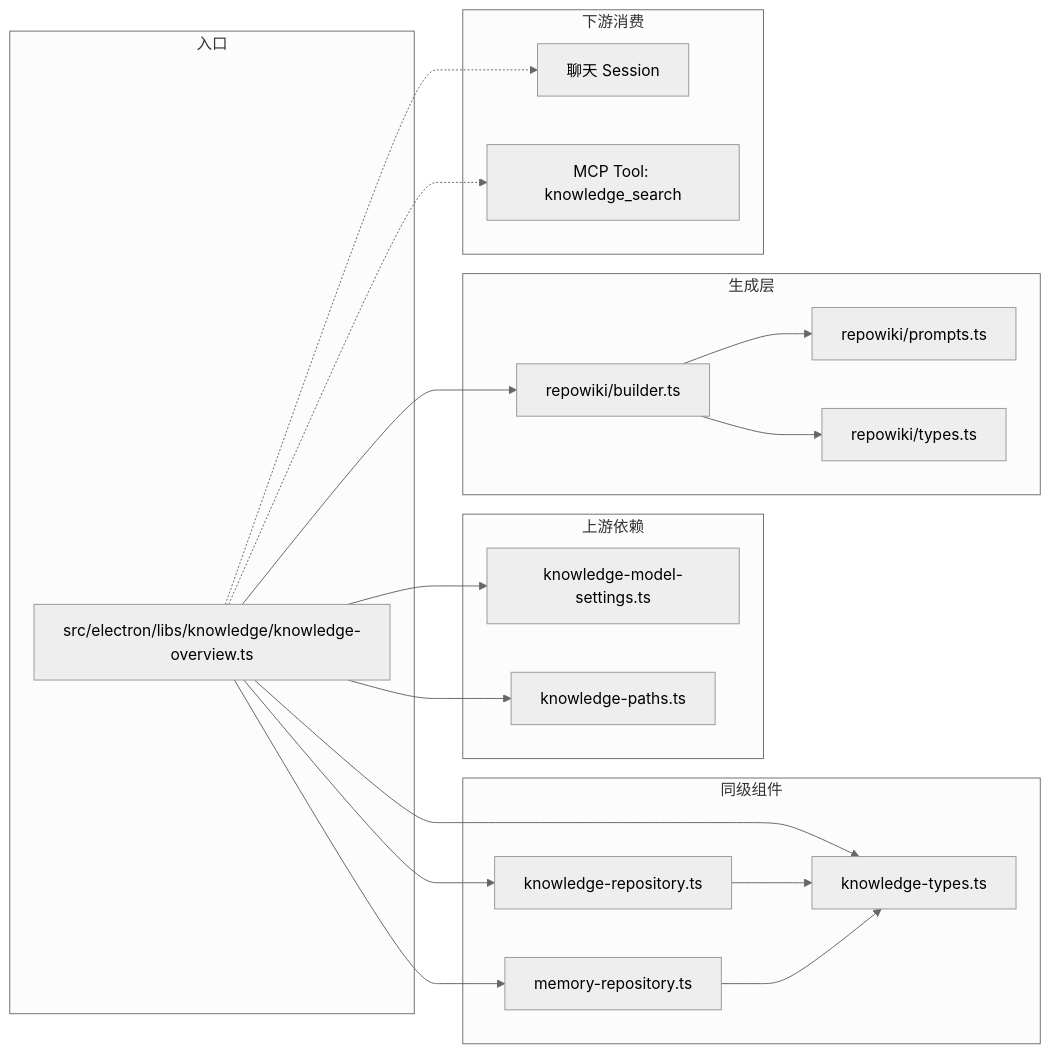
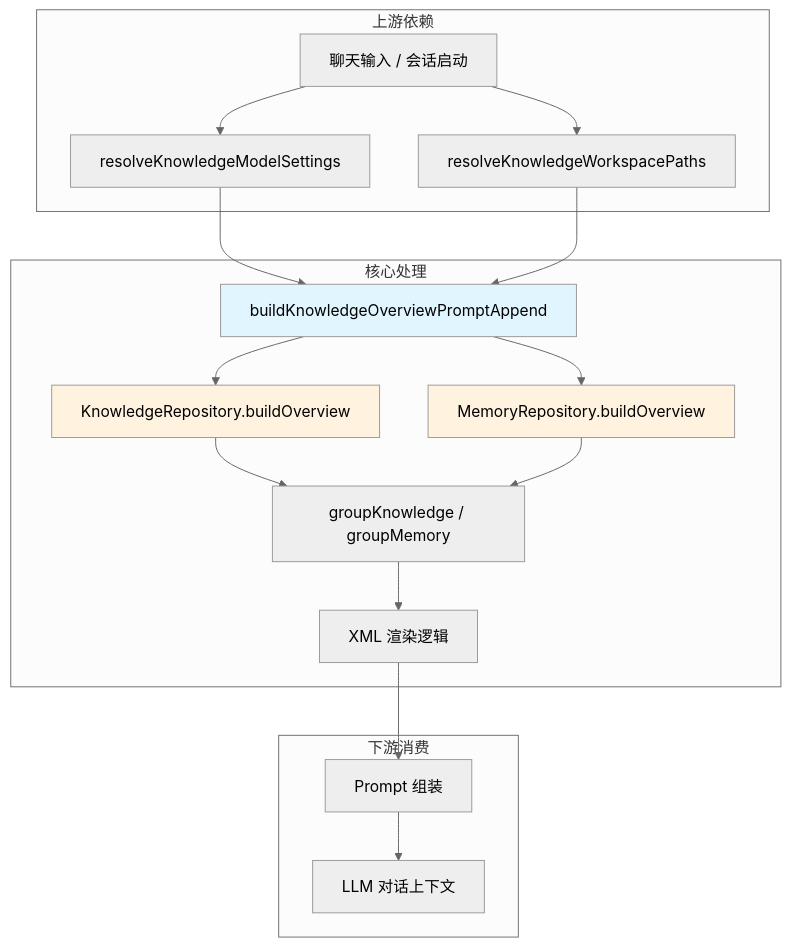
Before and after one commit to lst016/tech-cc-hub: the diagram in .tech/repowiki/zh/content/核心模块规格/知识库后端引擎总览/聊天上下文知识注入.md, drawn with Mermaid (neutral theme). The commit also changed other lines of this file and 176 other files, not shown here.

````diff
--- a/.tech/repowiki/zh/content/核心模块规格/知识库后端引擎总览/聊天上下文知识注入.md
+++ b/.tech/repowiki/zh/content/核心模块规格/知识库后端引擎总览/聊天上下文知识注入.md
@@ -122,36 +109,37 @@
 ```mermaid
-flowchart LR
-    subgraph 入口
-        A["src/electron/libs/knowledge/knowledge-overview.ts"]
+flowchart TD
+    subgraph upstream["上游依赖"]
+        A["聊天输入 / 会话启动"]
+        B["resolveKnowledgeModelSettings"]
+        C["resolveKnowledgeWorkspacePaths"]
     end
 
-    subgraph 上游依赖
-        B["knowledge-model-settings.ts"]
-        C["knowledge-paths.ts"]
+    subgraph core["核心处理"]
+        D["buildKnowledgeOverviewPromptAppend"]
+        E["KnowledgeRepository.buildOverview"]
+        F["MemoryRepository.buildOverview"]
+        G["groupKnowledge / groupMemory"]
+        H["XML 渲染逻辑"]
     end
 
-    subgraph 同级组件
-        D["knowledge-repository.ts"]
-        E["memory-repository.ts"]
-        F["knowledge-types.ts"]
+    subgraph downstream["下游消费"]
+        I["Prompt 组装"]
+        J["LLM 对话上下文"]
     end
 
-    subgraph 生成层
-        G["repowiki/builder.ts"]
-        H["repowiki/prompts.ts"]
-        I["repowiki/types.ts"]
-    end
+    A --> B
+    A --> C
+    B --> D
+    C --> D
+    D --> E
+    D --> F
+    E --> G
+    F --> G
+    G --> H
+    H --> I
+    I --> J
 
-    subgraph 下游消费
-        J["聊天 Session"]
-        K["MCP Tool: knowledge_search"]
-    end
-
-    A --> B & C
-    A --> D & E & F
-    G --> H & I
-    D --> F
-    E --> F
-    A --> G
-    A -.-> J & K
+    style D fill:#e1f5fe
+    style E fill:#fff3e0
+    style F fill:#fff3e0
 ```
````
